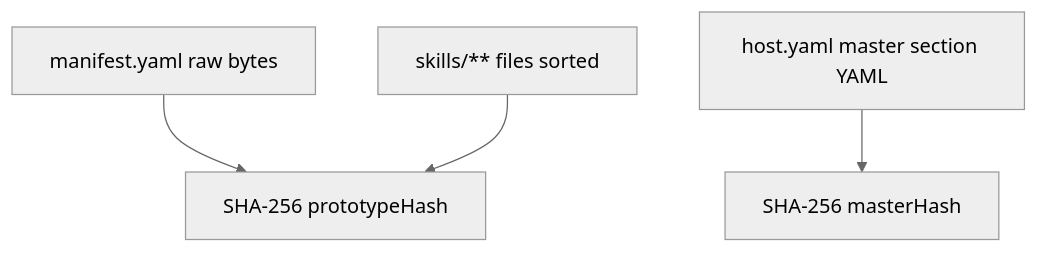
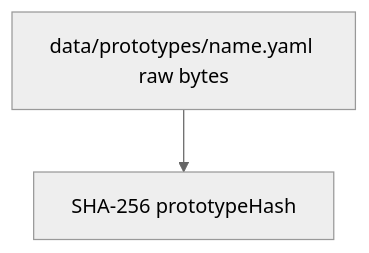
One commit to shazhou-ww/sumeru changed the diagram in cards/prototype-versioning.md. Above: the diagram before and after it, drawn with Mermaid (neutral theme). The commit also changed other lines of this file and 16 other files, not shown here.

First line of the commit message:
docs(cards): update all architecture cards for V3 data model

````diff
--- a/cards/prototype-versioning.md
+++ b/cards/prototype-versioning.md
@@ -24,6 +25,4 @@
 ```mermaid
 flowchart TB
-  A[manifest.yaml raw bytes] --> H[SHA-256 prototypeHash]
-  B[skills/** files sorted] --> H
-  C[host.yaml master section YAML] --> M[SHA-256 masterHash]
+  A[data/prototypes/name.yaml raw bytes] --> H[SHA-256 prototypeHash]
 ```
````
